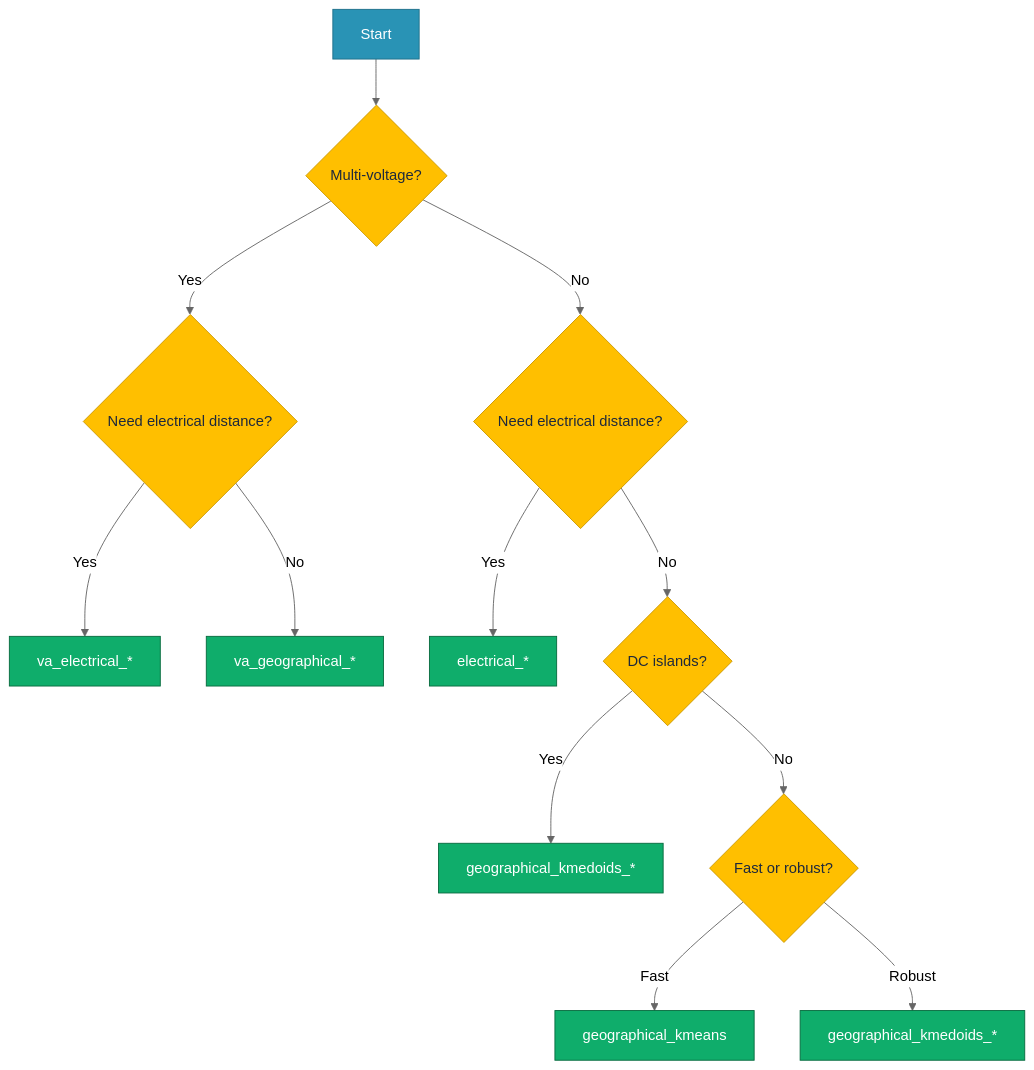
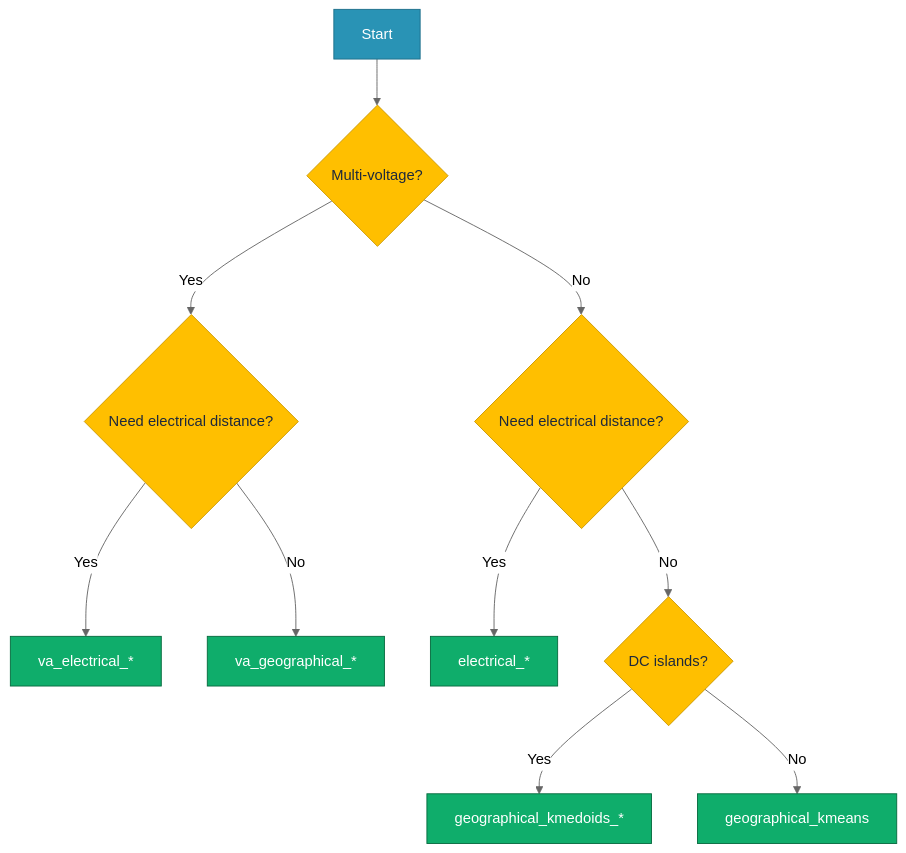
One commit to omari91/NPAP changed the third of 3 diagrams in docs/user-guide/partitioning.md. Above: the diagram before and after it, drawn with Mermaid (neutral theme). The commit also changed other lines of this file, not shown here.

````diff
--- a/docs/user-guide/partitioning.md
+++ b/docs/user-guide/partitioning.md
@@ -405,27 +405,23 @@
 ```{mermaid}
 flowchart TD
     A[Start] --> B{Multi-voltage?}
     B -->|Yes| C{Need electrical distance?}
     B -->|No| D{Need electrical distance?}
     C -->|Yes| E[va_electrical_*]
     C -->|No| F[va_geographical_*]
     D -->|Yes| G[electrical_*]
     D -->|No| H{DC islands?}
     H -->|Yes| I[geographical_kmedoids_*]
-    H -->|No| J{Fast or robust?}
-    J -->|Fast| K[geographical_kmeans]
-    J -->|Robust| L[geographical_kmedoids_*]
+    H -->|No| K[geographical_kmeans]
 
     style A fill:#2993B5,stroke:#1d6f8a,color:#fff
     style B fill:#FFBF00,stroke:#cc9900,color:#1e293b
     style C fill:#FFBF00,stroke:#cc9900,color:#1e293b
     style D fill:#FFBF00,stroke:#cc9900,color:#1e293b
     style E fill:#0fad6b,stroke:#076b3f,color:#fff
     style F fill:#0fad6b,stroke:#076b3f,color:#fff
     style G fill:#0fad6b,stroke:#076b3f,color:#fff
     style H fill:#FFBF00,stroke:#cc9900,color:#1e293b
     style I fill:#0fad6b,stroke:#076b3f,color:#fff
-    style J fill:#FFBF00,stroke:#cc9900,color:#1e293b
     style K fill:#0fad6b,stroke:#076b3f,color:#fff
-    style L fill:#0fad6b,stroke:#076b3f,color:#fff
 ```
````
